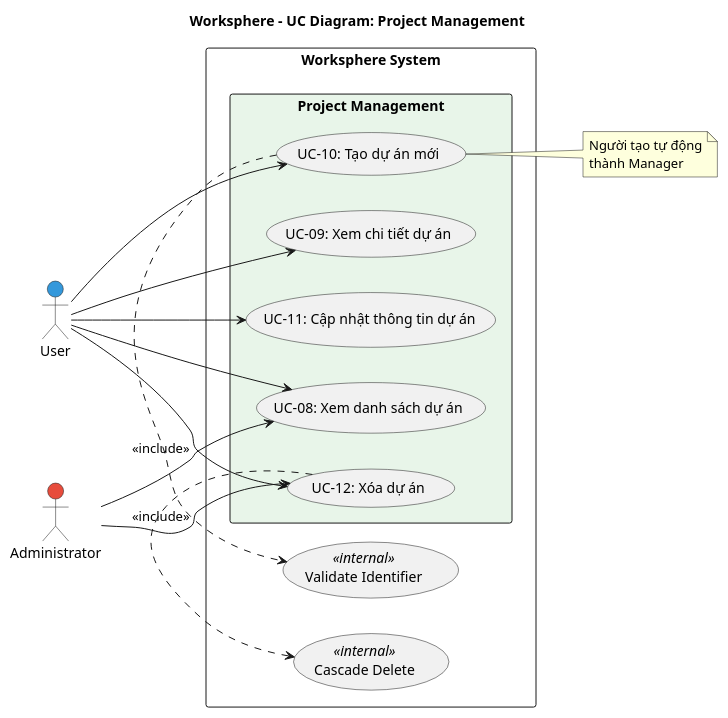
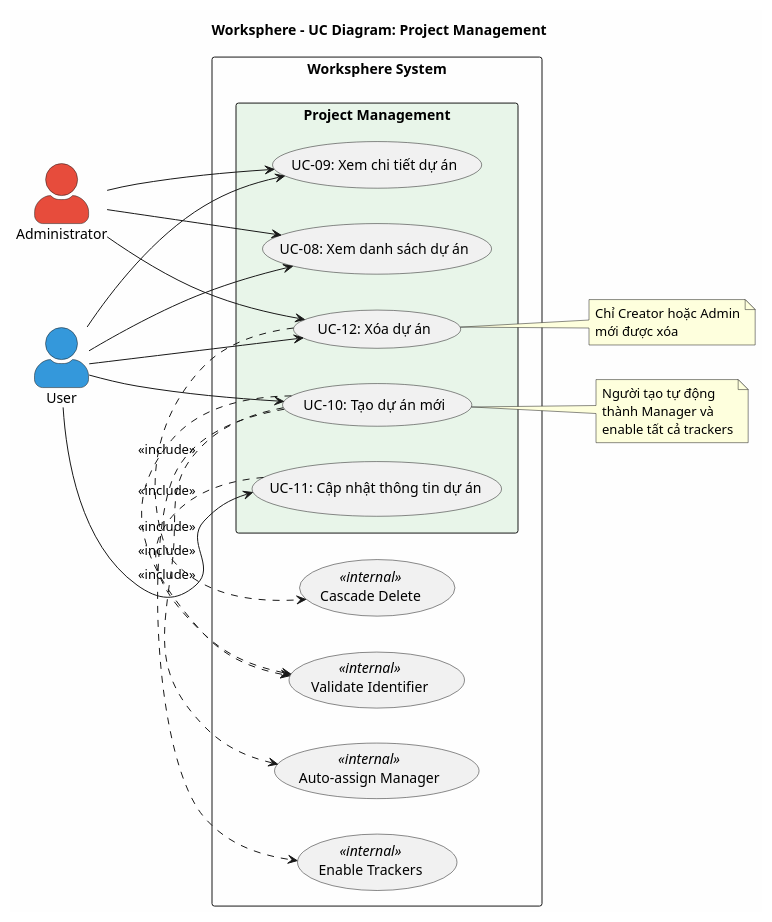
One commit to docuong039/worksphere changed the diagram in docs/usecases/03-project-management.md. Above: the diagram before and after it, drawn with PlantUML. The commit also changed other lines of this file and 44 other files, not shown here.

Commit message:
update diagram trong docs

````diff
--- a/docs/usecases/03-project-management.md
+++ b/docs/usecases/03-project-management.md
@@ -18,41 +33,55 @@
 ```plantuml
 @startuml
 left to right direction
 skinparam packageStyle rectangle
+skinparam actorStyle awesome
+skinparam backgroundColor #FEFEFE
 
 title Worksphere - UC Diagram: Project Management
 
 actor "User" as User #3498DB
 actor "Administrator" as Admin #E74C3C
 
 rectangle "Worksphere System" {
   package "Project Management" #E8F5E9 {
     usecase "UC-08: Xem danh sách dự án" as UC08
     usecase "UC-09: Xem chi tiết dự án" as UC09
     usecase "UC-10: Tạo dự án mới" as UC10
     usecase "UC-11: Cập nhật thông tin dự án" as UC11
     usecase "UC-12: Xóa dự án" as UC12
   }
   
   usecase "Validate Identifier" as UC_ID <<internal>>
   usecase "Cascade Delete" as UC_DEL <<internal>>
+  usecase "Auto-assign Manager" as UC_MGR <<internal>>
+  usecase "Enable Trackers" as UC_TRK <<internal>>
 }
 
 User --> UC08
 User --> UC09
 User --> UC10
 User --> UC11
 User --> UC12
 
 Admin --> UC08
+Admin --> UC09
 Admin --> UC12
 
 UC10 .> UC_ID : <<include>>
+UC10 .> UC_MGR : <<include>>
+UC10 .> UC_TRK : <<include>>
+UC11 .> UC_ID : <<include>>
 UC12 .> UC_DEL : <<include>>
 
 note right of UC10
   Người tạo tự động
-  thành Manager
+  thành Manager và
+  enable tất cả trackers
+end note
+
+note right of UC12
+  Chỉ Creator hoặc Admin
+  mới được xóa
 end note
 @enduml
 ```
````
